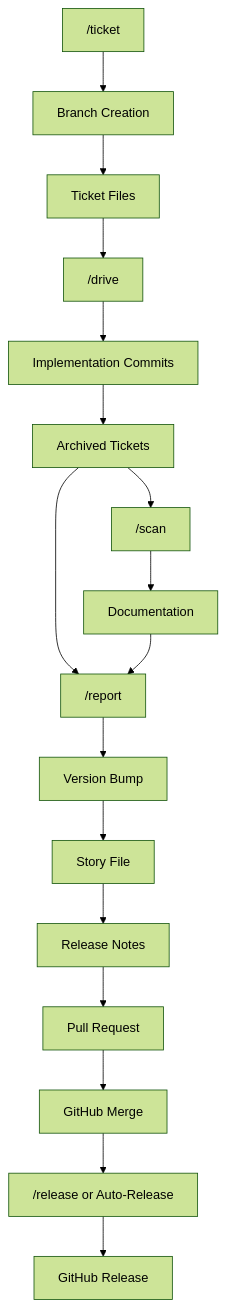
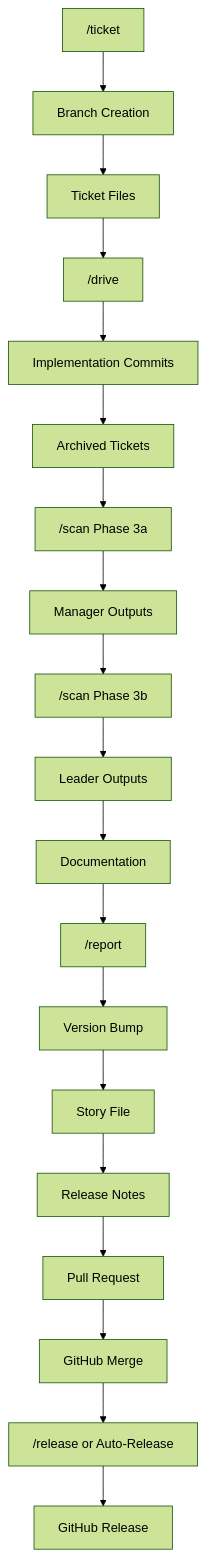
One commit to qmu/workaholic changed the sixth of 6 diagrams in .workaholic/specs/feature.md. Above: the diagram before and after it, drawn with Mermaid (forest theme). The commit also changed other lines of this file and 36 other files, not shown here.

````diff
--- a/.workaholic/specs/feature.md
+++ b/.workaholic/specs/feature.md
@@ -333,20 +369,21 @@
 ```mermaid
 flowchart TD
     A["/ticket"] --> B[Branch Creation]
     B --> C[Ticket Files]
     C --> D["/drive"]
     D --> E[Implementation Commits]
     E --> F[Archived Tickets]
-    F --> G["/report"]
-    G --> H[Version Bump]
-    H --> I[Story File]
-    I --> J[Release Notes]
-    J --> K[Pull Request]
-    K --> L[GitHub Merge]
-    L --> M["/release" or Auto-Release]
-    M --> N[GitHub Release]
-
-    F --> O["/scan"]
-    O --> P[Documentation]
-    P --> G
+    F --> G["/scan Phase 3a"]
+    G --> H[Manager Outputs]
+    H --> I["/scan Phase 3b"]
+    I --> J[Leader Outputs]
+    J --> K[Documentation]
+    K --> L["/report"]
+    L --> M[Version Bump]
+    M --> N[Story File]
+    N --> O[Release Notes]
+    O --> P[Pull Request]
+    P --> Q[GitHub Merge]
+    Q --> R["/release" or Auto-Release]
+    R --> S[GitHub Release]
 ```
````
